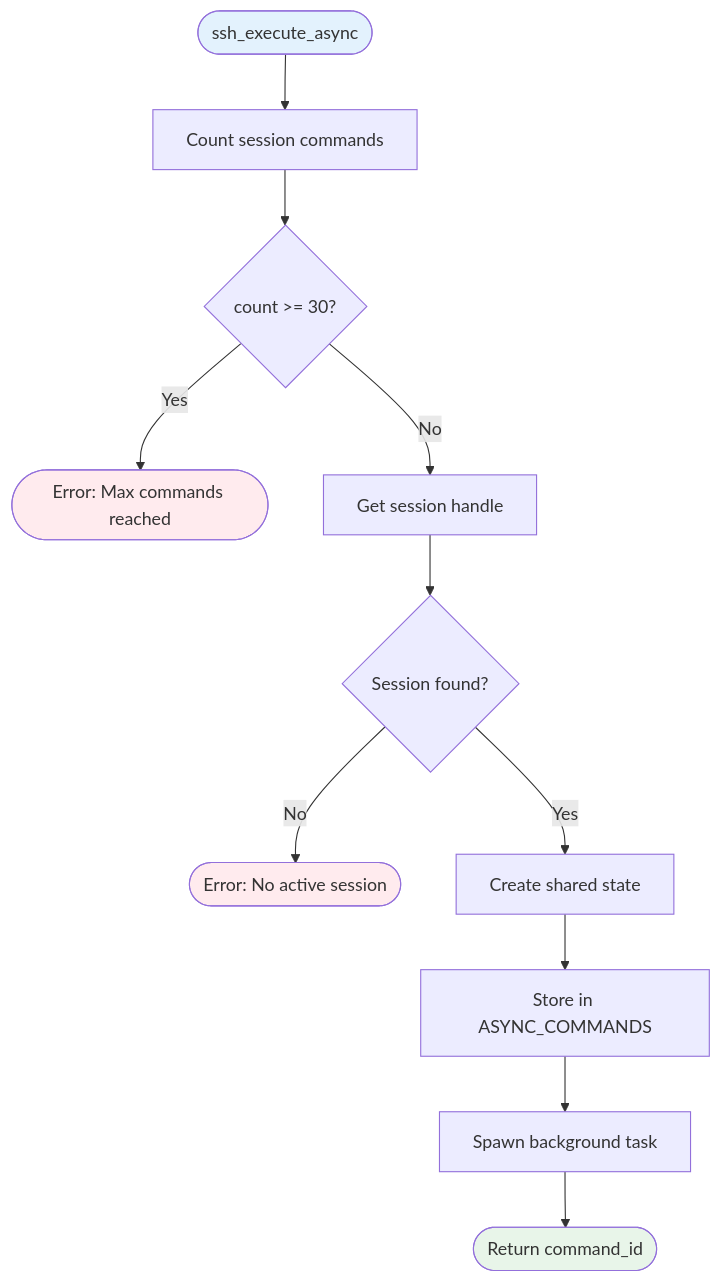
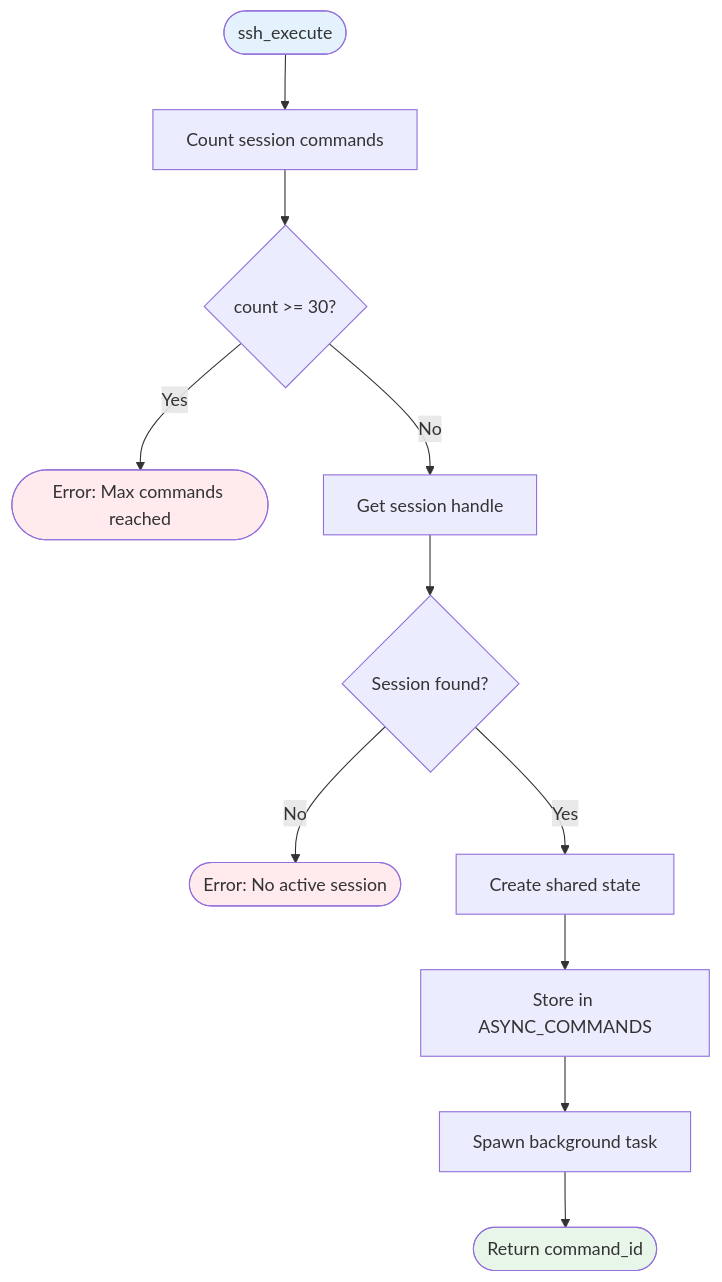
One commit to farchanjo/ssh-mcp changed diagram 11 of 24 in docs/FLOWS.md. Above: the diagram before and after it, drawn with Mermaid. The commit also changed other lines of this file and 6 other files, not shown here.

````diff
--- a/docs/FLOWS.md
+++ b/docs/FLOWS.md
@@ -693,21 +532,21 @@
 ```mermaid
 flowchart TD
-    Start([ssh_execute_async]) --> CountCommands[Count session commands]
+    Start([ssh_execute]) --> CountCommands[Count session commands]
     CountCommands --> CheckLimit{count >= 30?}
 
     CheckLimit -->|Yes| RejectError([Error: Max commands reached])
     CheckLimit -->|No| GetSession[Get session handle]
 
     GetSession --> SessionExists{Session found?}
     SessionExists -->|No| SessionError([Error: No active session])
     SessionExists -->|Yes| CreateState[Create shared state]
 
     CreateState --> Store[Store in ASYNC_COMMANDS]
     Store --> Spawn[Spawn background task]
     Spawn --> Return([Return command_id])
 
     style Start fill:#e3f2fd
     style Return fill:#e8f5e9
     style RejectError fill:#ffebee
     style SessionError fill:#ffebee
 ```
````
